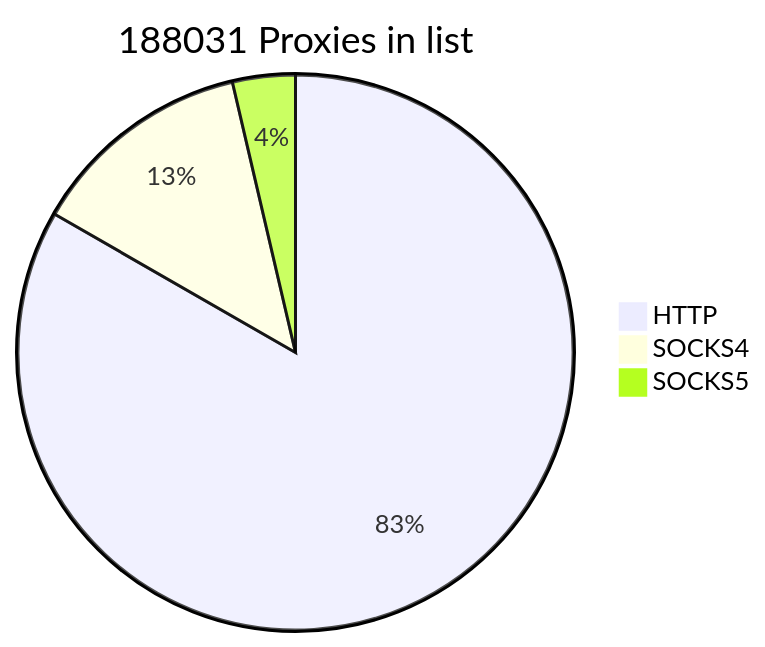
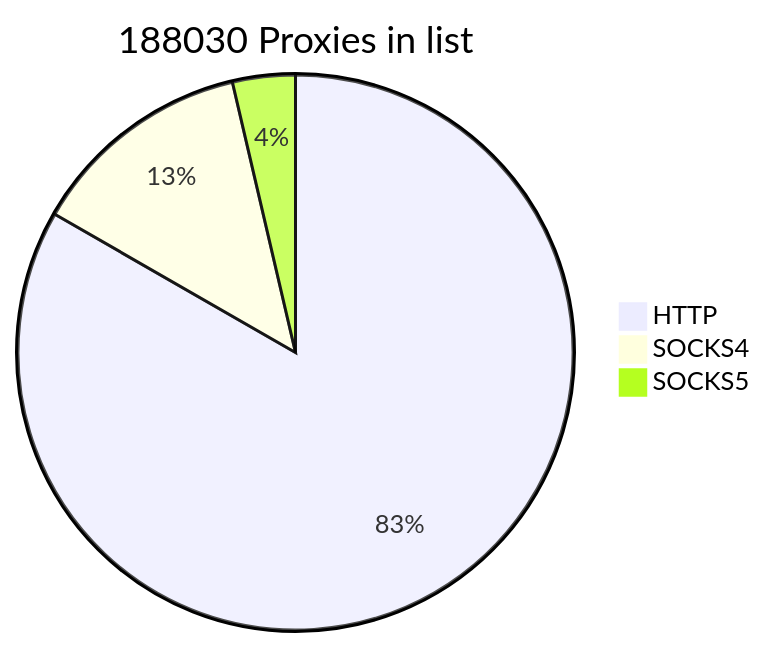
The first of 2 diagrams in README.md (cutipu/proxylist), drawn with Mermaid before and after one commit. The commit also changed other lines of this file, not shown here.

````diff
--- a/README.md
+++ b/README.md
@@ -2,7 +2,7 @@
 ```mermaid
-pie title 188031 Proxies in list
+pie title 188030 Proxies in list
     "HTTP" : 156630
-    "SOCKS4" : 24540
+    "SOCKS4" : 24539
     "SOCKS5" : 6861
             
 ```
````
